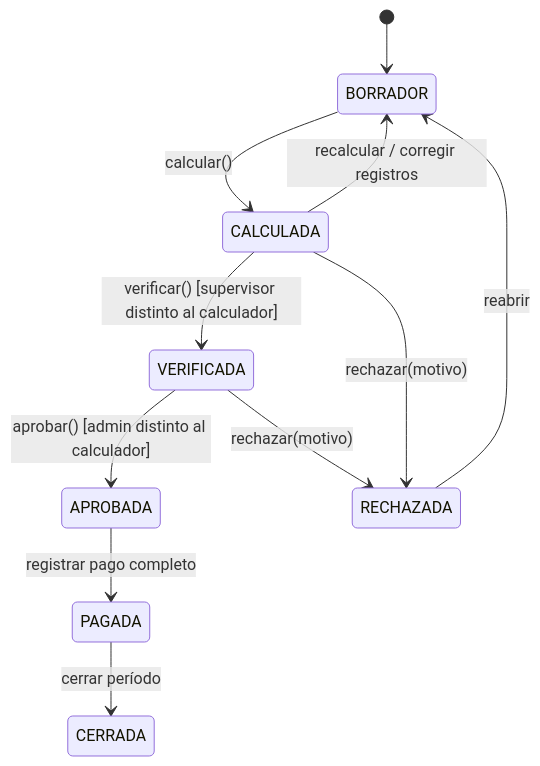
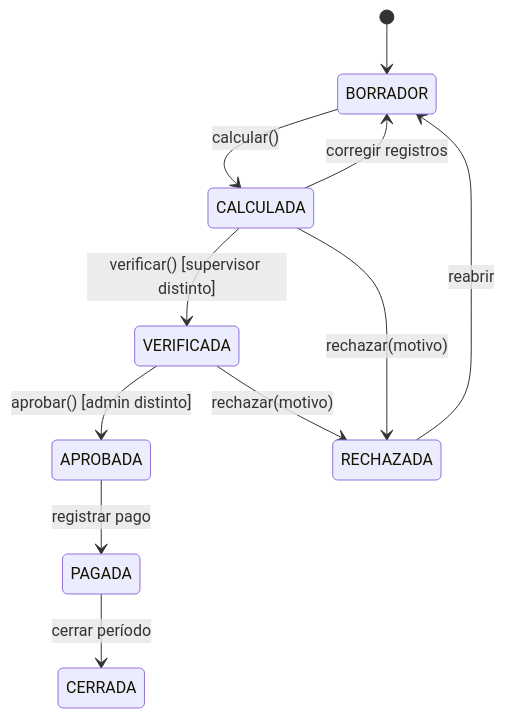
The second of 4 diagrams in docs/arquitectura-tecnica.md (AgosAnt/planilla-sis), drawn with Mermaid before and after one commit. The commit also changed other lines of this file and 4 other files, not shown here.

````diff
--- a/docs/arquitectura-tecnica.md
+++ b/docs/arquitectura-tecnica.md
@@ -269,13 +272,13 @@
 ```mermaid
 stateDiagram-v2
   [*] --> BORRADOR
   BORRADOR --> CALCULADA: calcular()
-  CALCULADA --> BORRADOR: recalcular / corregir registros
-  CALCULADA --> VERIFICADA: verificar() [supervisor distinto al calculador]
+  CALCULADA --> BORRADOR: corregir registros
+  CALCULADA --> VERIFICADA: verificar() [supervisor distinto]
   CALCULADA --> RECHAZADA: rechazar(motivo)
-  VERIFICADA --> APROBADA: aprobar() [admin distinto al calculador]
+  VERIFICADA --> APROBADA: aprobar() [admin distinto]
   VERIFICADA --> RECHAZADA: rechazar(motivo)
   RECHAZADA --> BORRADOR: reabrir
-  APROBADA --> PAGADA: registrar pago completo
+  APROBADA --> PAGADA: registrar pago
   PAGADA --> CERRADA: cerrar período
 ```
````
